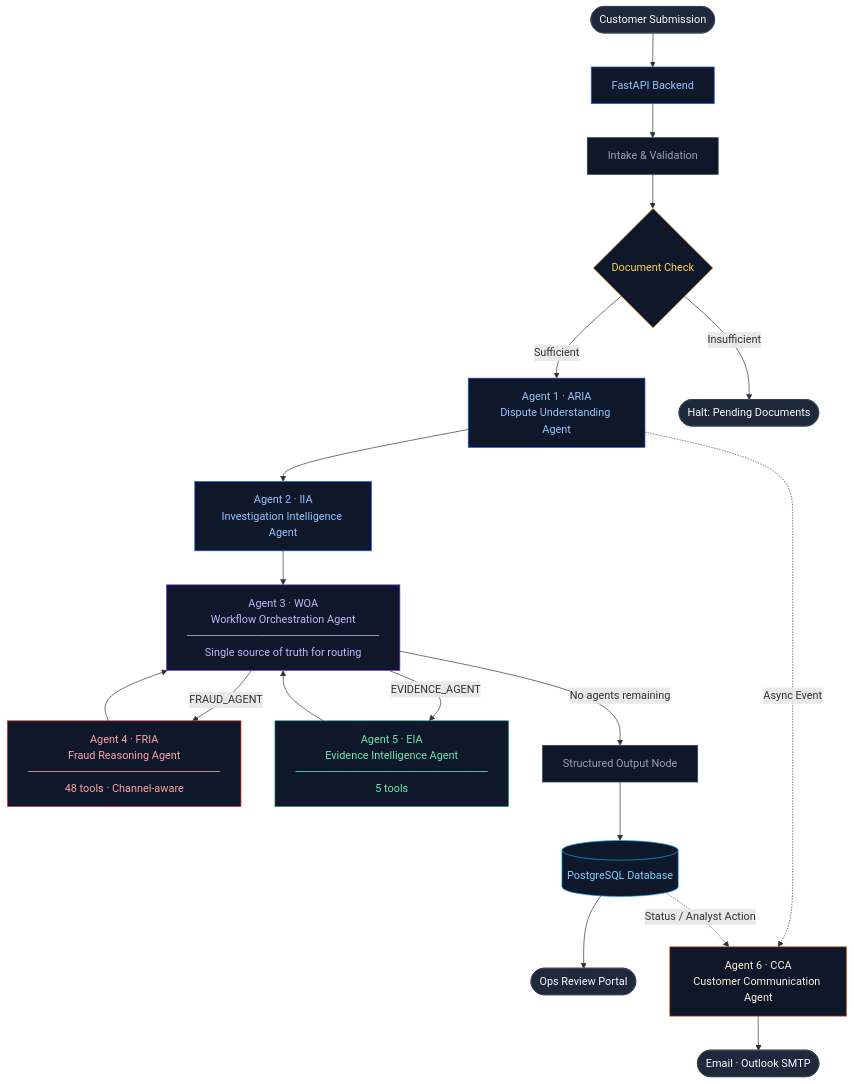
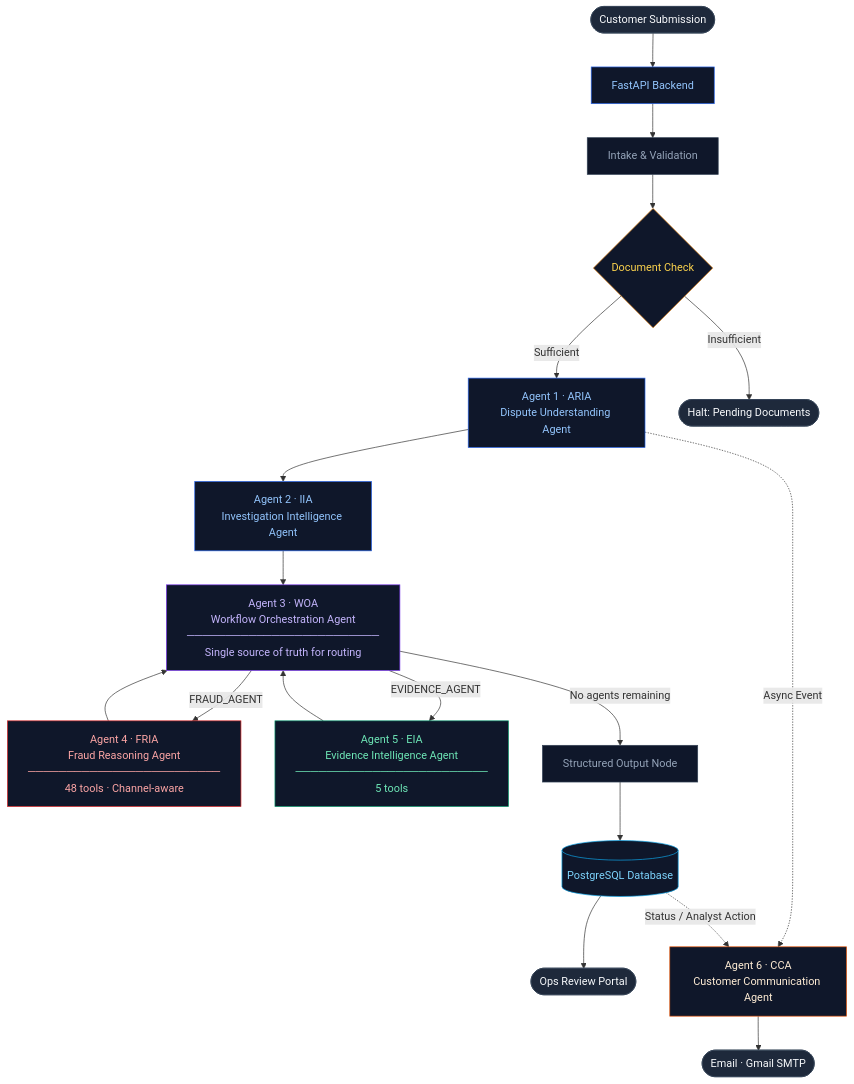
The diagram in README.md (Hardikdhawan2904/ai-dispute-investigation-system), drawn with Mermaid before and after one commit. The commit also changed other lines of this file, not shown here.

Commit message:
Fix README architecture diagram and tech stack — Outlook SMTP → Gmail SMTP

````diff
--- a/README.md
+++ b/README.md
@@ -9,41 +9,41 @@
 ```mermaid
 graph TD
     A([Customer Submission]) --> B[FastAPI Backend]
     B --> C[Intake & Validation]
     C --> D{Document Check}
 
     D -- Sufficient --> E["Agent 1 · ARIA\nDispute Understanding Agent"]
     D -- Insufficient --> Z([Halt: Pending Documents])
 
     E --> F["Agent 2 · IIA\nInvestigation Intelligence Agent"]
     F --> G["Agent 3 · WOA\nWorkflow Orchestration Agent\n─────────────────────────\nSingle source of truth for routing"]
 
     G -- "FRAUD_AGENT" --> H["Agent 4 · FRIA\nFraud Reasoning Agent\n─────────────────────────\n48 tools · Channel-aware"]
     G -- "EVIDENCE_AGENT" --> I["Agent 5 · EIA\nEvidence Intelligence Agent\n─────────────────────────\n5 tools"]
     G -- "No agents remaining" --> J[Structured Output Node]
 
     H --> G
     I --> G
     J --> K[(PostgreSQL Database)]
     K --> L([Ops Review Portal])
 
     E -. "Async Event" .-> M["Agent 6 · CCA\nCustomer Communication Agent"]
     K -. "Status / Analyst Action" .-> M
-    M --> N([Email · Outlook SMTP])
+    M --> N([Email · Gmail SMTP])
 
     style A fill:#1E293B,stroke:#334155,color:#F8FAFC
     style Z fill:#1E293B,stroke:#334155,color:#F8FAFC
     style L fill:#1E293B,stroke:#334155,color:#F8FAFC
     style B fill:#0F172A,stroke:#2563EB,color:#93C5FD
     style C fill:#0F172A,stroke:#334155,color:#94A3B8
     style D fill:#0F172A,stroke:#D97706,color:#FCD34D
     style E fill:#0F172A,stroke:#2563EB,color:#93C5FD
     style F fill:#0F172A,stroke:#2563EB,color:#93C5FD
     style G fill:#0F172A,stroke:#7C3AED,color:#C4B5FD
     style H fill:#0F172A,stroke:#DC2626,color:#FCA5A5
     style I fill:#0F172A,stroke:#059669,color:#6EE7B7
     style J fill:#0F172A,stroke:#334155,color:#94A3B8
     style K fill:#0F172A,stroke:#0EA5E9,color:#7DD3FC
     style M fill:#0F172A,stroke:#EA580C,color:#FFEDD5
     style N fill:#1E293B,stroke:#334155,color:#F8FAFC
 ```
````
